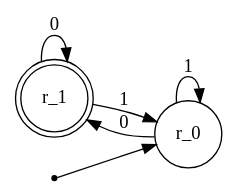
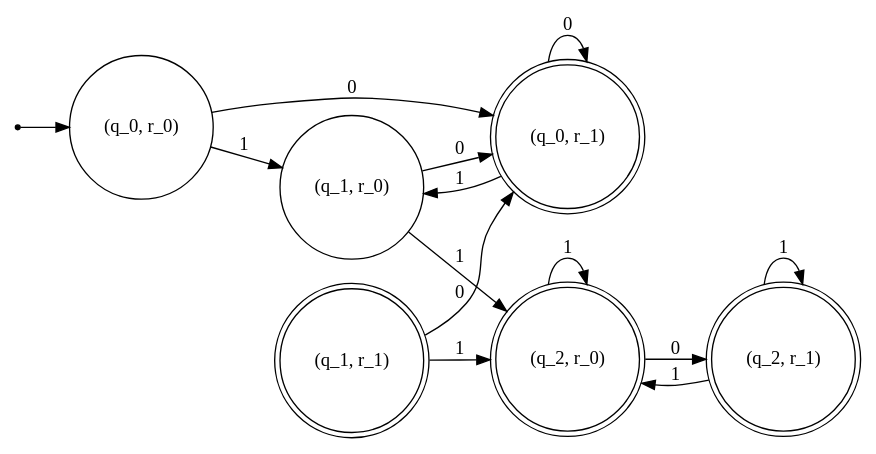
Before and after one commit to drnfns/cs1502: the diagram in graphs/02_combine_ex1p3.gv, drawn with Graphviz. The commit also changed 24 other files, not shown here.

```diff
--- a/graphs/02_combine_ex1p3.gv
+++ b/graphs/02_combine_ex1p3.gv
@@ -1,13 +1,24 @@
 digraph finite_state_machine {
 	rankdir=LR;
   edge [margin = 0.1];
-	node [shape = doublecircle] r_1;
   node [shape=point] start;
 	node [shape = circle];
 
-  start -> r_0;
-  r_0 -> r_0 [label = "1"];
-  r_0 -> r_1 [label = "0"];
-  r_1 -> r_1 [label = "0"];
-  r_1 -> r_0 [label = "1"];
+  start -> "(q_0, r_0)";
+  "(q_0, r_0)" -> "(q_1, r_0)" [label = 1];
+  node [shape = doublecircle] "(q_0, r_1)";
+  "(q_0, r_0)" -> "(q_0, r_1)" [label = 0];
+  "(q_1, r_0)" -> "(q_0, r_1)" [label = 0];
+  node [shape = doublecircle] "(q_2, r_0)";
+  "(q_1, r_0)" -> "(q_2, r_0)" [label = 1];
+  "(q_0, r_1)" -> "(q_0, r_1)" [label = 0];
+  "(q_0, r_1)" -> "(q_1, r_0)" [label = 1];
+  node [shape = doublecircle] "(q_1, r_1)";
+  "(q_1, r_1)" -> "(q_0, r_1)" [label = 0];
+  "(q_1, r_1)" -> "(q_2, r_0)" [label = 1];
+  "(q_2, r_0)" -> "(q_2, r_0)" [label = 1];
+  node [shape = doublecircle] "(q_2, r_1)";
+  "(q_2, r_0)" -> "(q_2, r_1)" [label = 0];
+  "(q_2, r_1)" -> "(q_2, r_0)" [label = 1];
+  "(q_2, r_1)" -> "(q_2, r_1)" [label = 1];
 }
```
